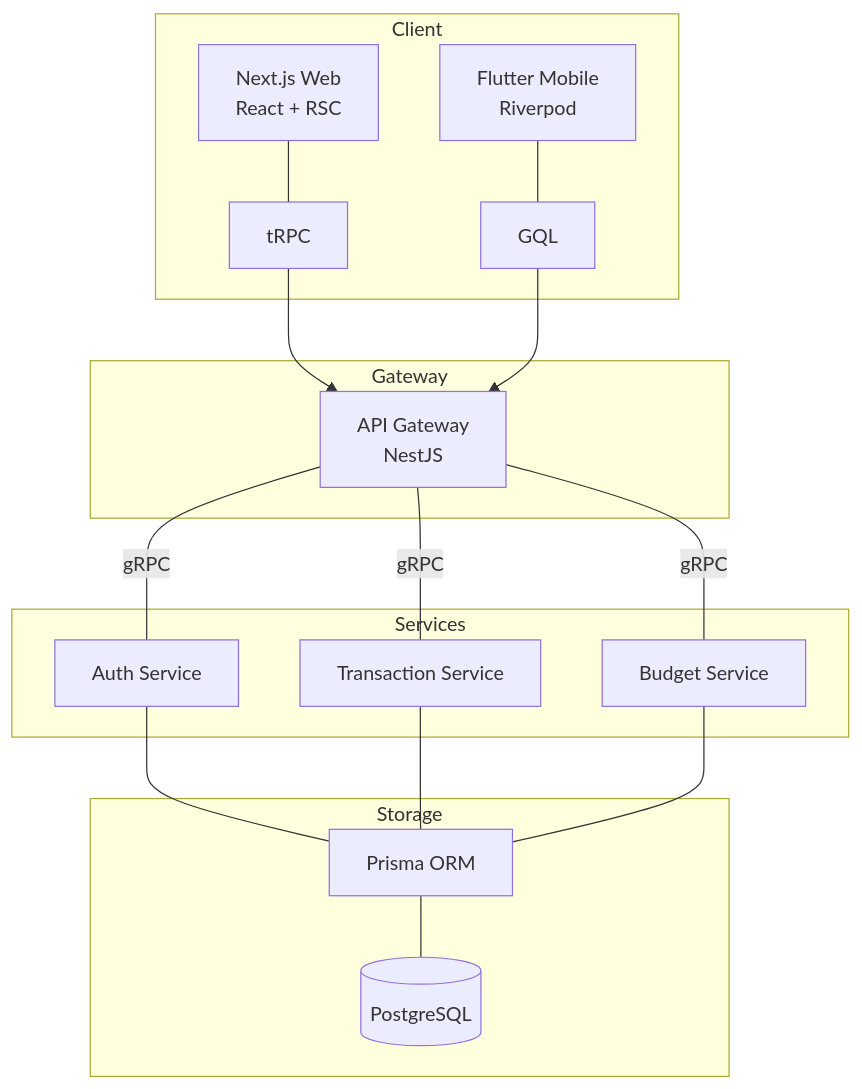
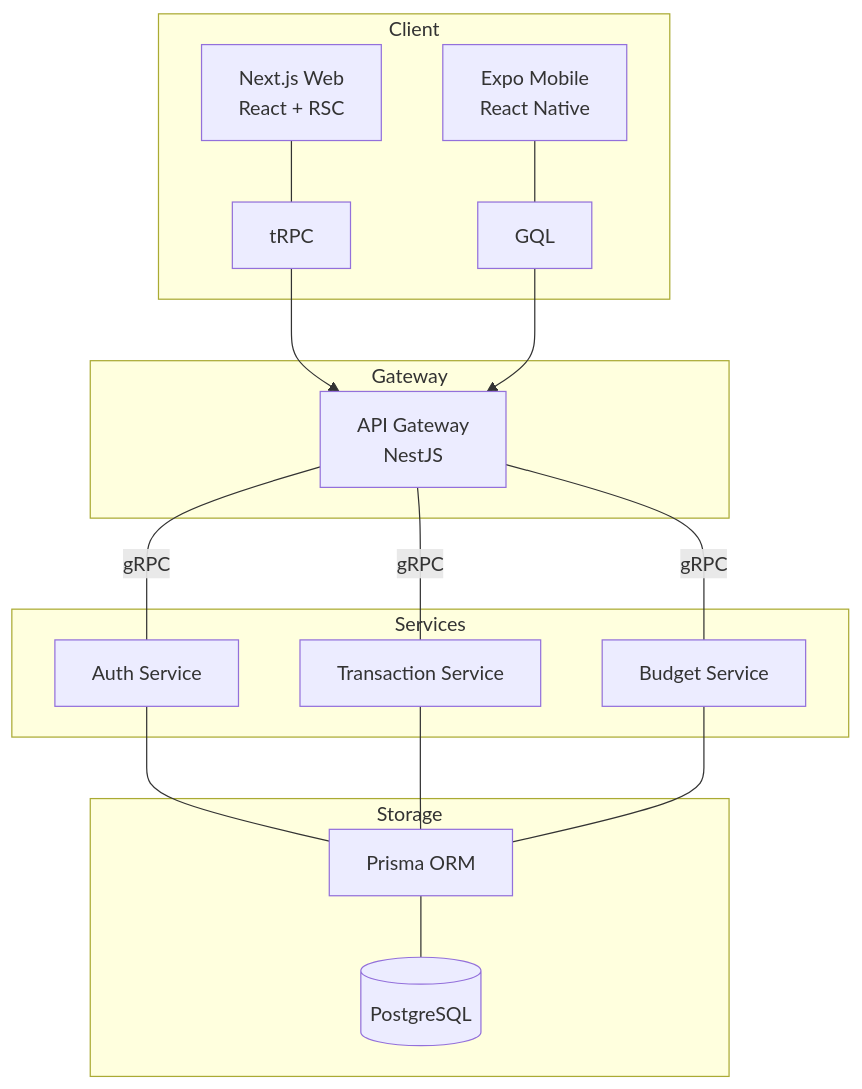
One commit to Dasiloy/fintrack changed the diagram in README.md. Above: the diagram before and after it, drawn with Mermaid. The commit also changed other lines of this file and 244 other files, not shown here.

Commit message:
feat: Remove legacy Flutter mobile app, introduce new web and mobile applications, and update monorepo configurations.

````diff
--- a/README.md
+++ b/README.md
@@ -22,25 +22,25 @@
 ```mermaid
 graph TD
     subgraph Client
     A[Next.js Web<br/>React + RSC] --- tRPC
-    B[Flutter Mobile<br/>Riverpod] --- GQL
+    B[Expo Mobile<br/>React Native] --- GQL
     end
 
     subgraph Gateway
     tRPC --> GW[API Gateway<br/>NestJS]
     GQL --> GW
     end
 
     subgraph Services
     GW --- |gRPC| S1[Auth Service]
     GW --- |gRPC| S2[Transaction Service]
     GW --- |gRPC| S3[Budget Service]
     end
 
     subgraph Storage
     S1 --- P[Prisma ORM]
     S2 --- P
     S3 --- P
     P --- DB[(PostgreSQL)]
     end
 ```
````
